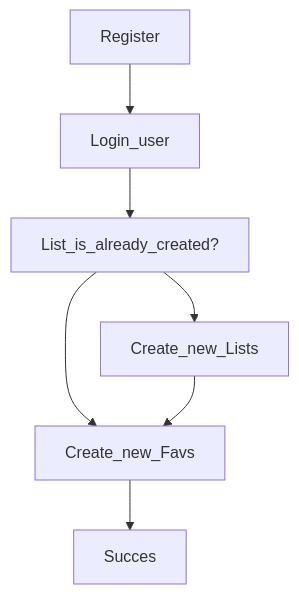
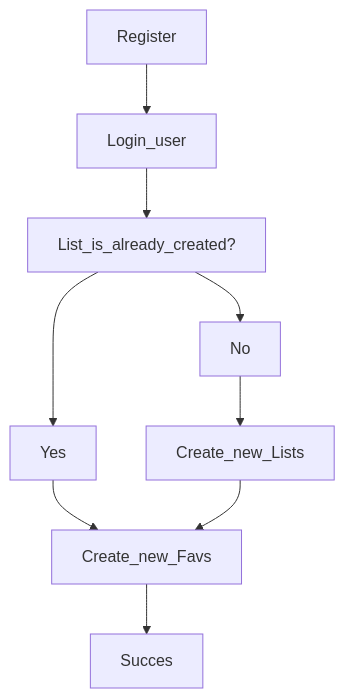
The first of 2 diagrams in README.md (cpimentel25/Assesment02), drawn with Mermaid before and after one commit. The commit also changed other lines of this file, not shown here.

````diff
--- a/README.md
+++ b/README.md
@@ -114,7 +114,7 @@
 ```mermaid
 graph TD;
     Register-->Login_user;
     Login_user-->List_is_already_created?;
-    List_is_already_created?-->Create_new_Favs;
-    List_is_already_created?-->Create_new_Lists-->Create_new_Favs-->Succes;
+    List_is_already_created?-->Yes-->Create_new_Favs;
+    List_is_already_created?-->No-->Create_new_Lists-->Create_new_Favs-->Succes;
 ```
````
